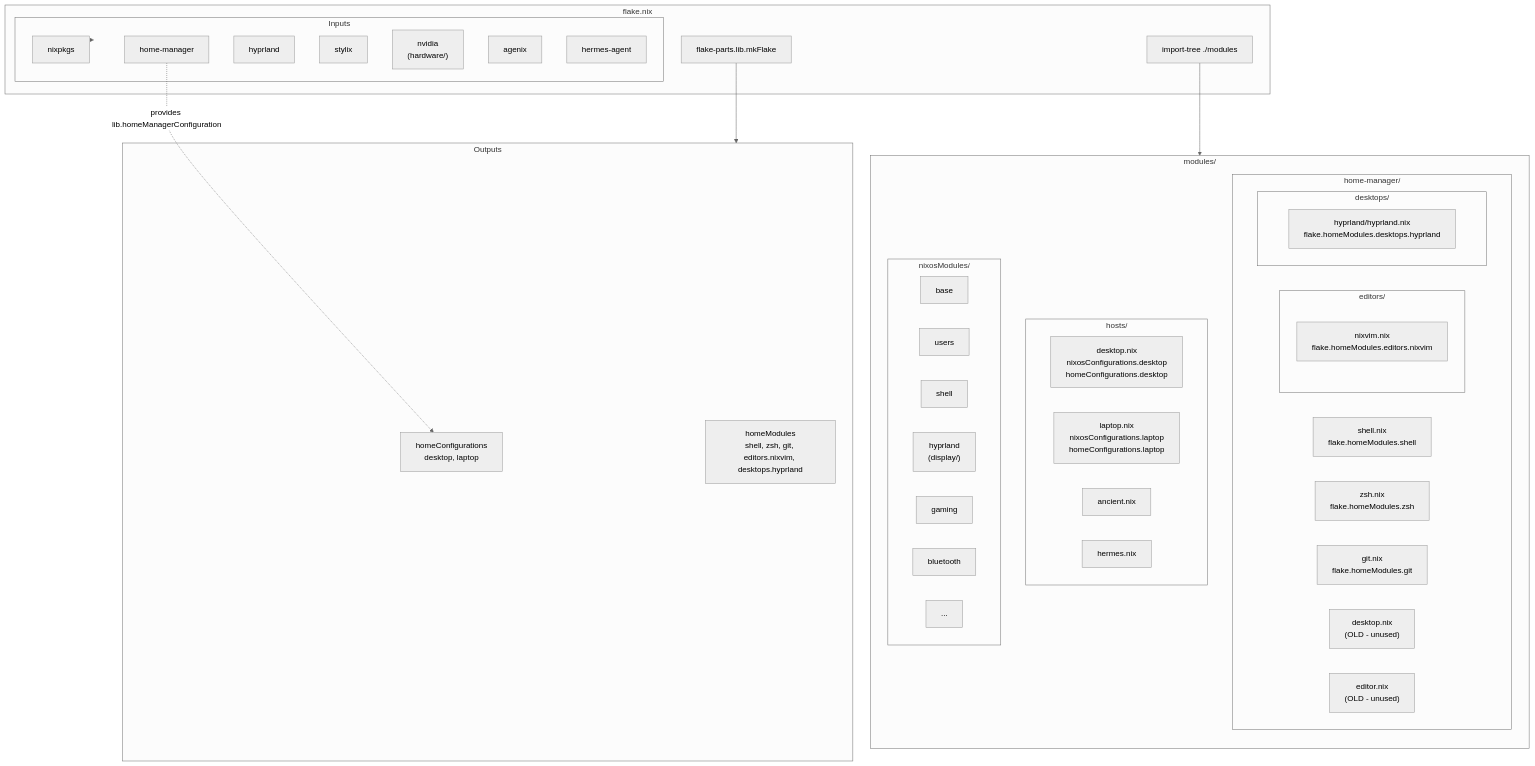
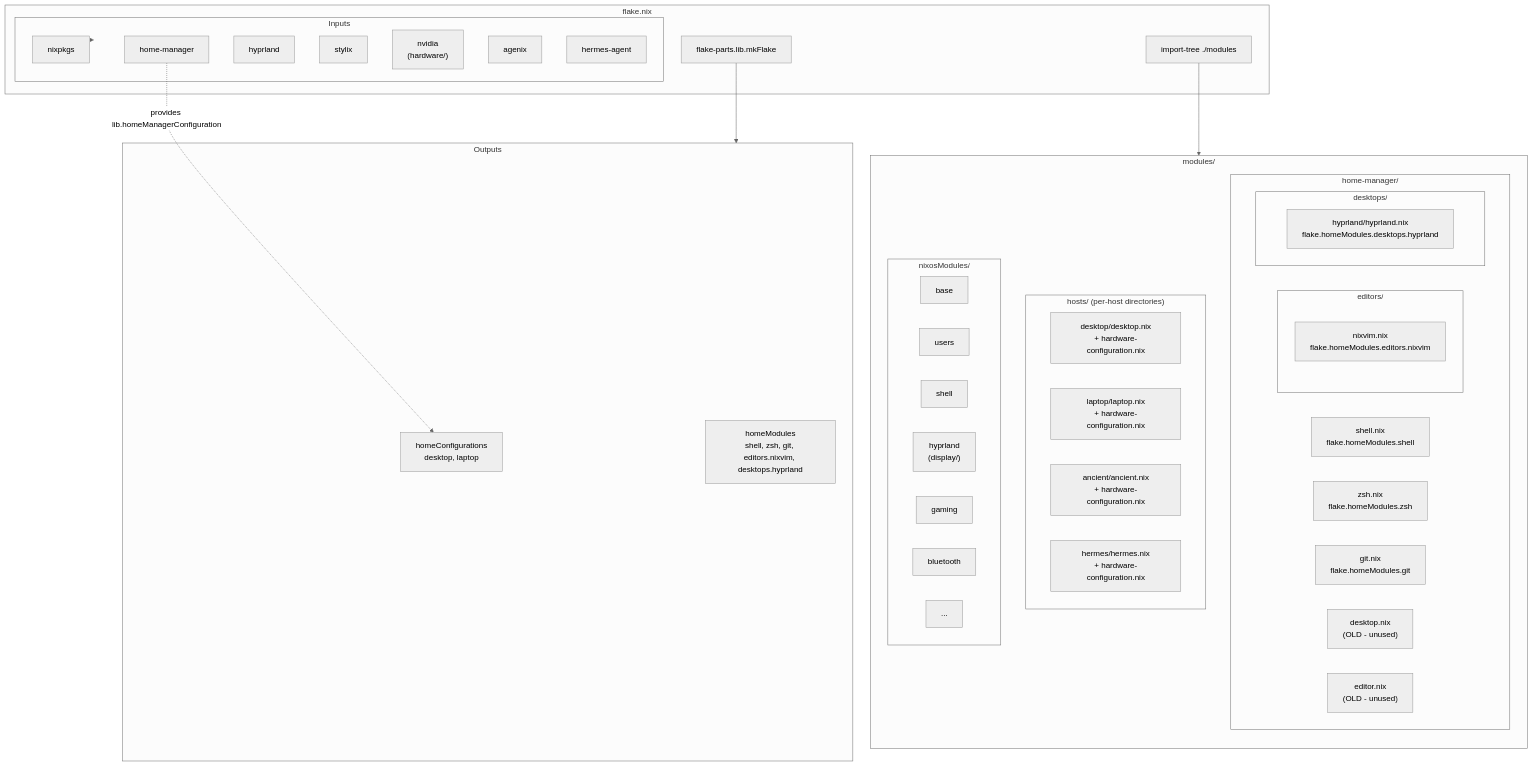
One commit to mxapd/nixos changed the first of 3 diagrams in docs/architecture.md. Above: the diagram before and after it, drawn with Mermaid (neutral theme). The commit also changed other lines of this file, not shown here.

First line of the commit message:
docs(architecture): update for new host directory structure

````diff
--- a/docs/architecture.md
+++ b/docs/architecture.md
@@ -1,69 +1,69 @@
 ```mermaid
 flowchart TB
     subgraph Flake["flake.nix"]
         Inputs
         FP["flake-parts.lib.mkFlake"]
         IT["import-tree ./modules"]
     end
 
     subgraph Inputs["Inputs"]
         NK["nixpkgs"]
         HM["home-manager"]
         HP["hyprland"]
         ST["stylix"]
         NV["nixvim"]
         AG["agenix"]
         HA["hermes-agent"]
     end
 
     subgraph Modules["modules/"]
         direction TB
         
         subgraph HomeManager["home-manager/"]
             SH["shell.nix<br/>flake.homeModules.shell"]
             ZS["zsh.nix<br/>flake.homeModules.zsh"]
             GT["git.nix<br/>flake.homeModules.git"]
             
             subgraph Editors["editors/"]
                 NVX["nixvim.nix<br/>flake.homeModules.editors.nixvim"]
             end
             
             subgraph Desktops["desktops/"]
                 HY["hyprland/hyprland.nix<br/>flake.homeModules.desktops.hyprland"]
             end
             
             OLD1["desktop.nix<br/>(OLD - unused)"]
             OLD2["editor.nix<br/>(OLD - unused)"]
         end
         
-        subgraph Hosts["hosts/"]
-            DT["desktop.nix<br/>nixosConfigurations.desktop<br/>homeConfigurations.desktop"]
-            LP["laptop.nix<br/>nixosConfigurations.laptop<br/>homeConfigurations.laptop"]
-            AN["ancient.nix"]
-            HR["hermes.nix"]
+        subgraph Hosts["hosts/ (per-host directories)"]
+            DT["desktop/desktop.nix<br/>+ hardware-configuration.nix"]
+            LP["laptop/laptop.nix<br/>+ hardware-configuration.nix"]
+            AN["ancient/ancient.nix<br/>+ hardware-configuration.nix"]
+            HR["hermes/hermes.nix<br/>+ hardware-configuration.nix"]
         end
         
         subgraph NixOS["nixosModules/"]
             NB["base"]
             US["users"]
             SD["shell"]
             HYPR["hyprland<br/>(display/)"]
             GM["gaming"]
             NV["nvidia<br/>(hardware/)"]
             BT["bluetooth"]
             etc[...]
         end
     end
 
     subgraph Outputs["Outputs"]
         NixOS["nixosConfigurations<br/>desktop, laptop, ancient, hermes"]
         HomeConf["homeConfigurations<br/>desktop, laptop"]
         HomeMod["homeModules<br/>shell, zsh, git, editors.nixvim, desktops.hyprland"]
     end
 
     Inputs --> Flake
     IT --> Modules
     FP --> Outputs
     
     HM -.->|provides lib.homeManagerConfiguration| HomeConf
 ```
````
